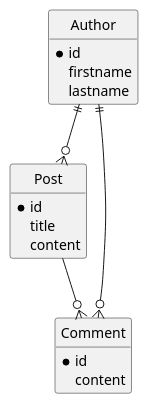
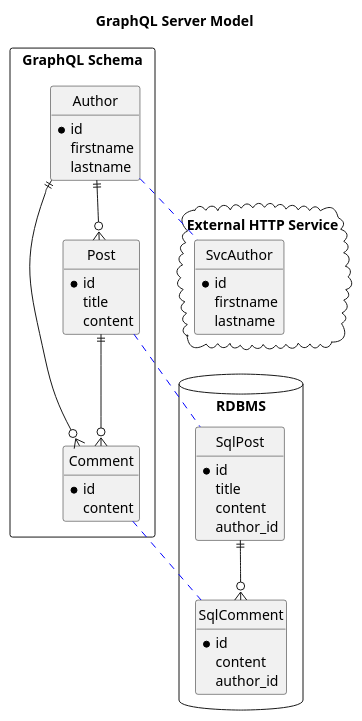
One commit to MThomassen/graphql-server-benchmark-absinthe changed the diagram in schema.plantuml. Above: the diagram before and after it, drawn with PlantUML. The commit also changed 7 other files, not shown here.

Commit message:
AuthorService NGINX exact path matching

```diff
--- a/schema.plantuml
+++ b/schema.plantuml
@@ -1,29 +1,62 @@
 @startuml
 
 hide circle
 hide empty members
 
-entity Author {
-   * id
-   firstname
-   lastname
+title GraphQL Server Model
+
+package "GraphQL Schema" <<Rectangle>> {
+   entity Author {
+      * id
+      firstname
+      lastname
+   }
+
+   entity Post {
+      * id
+      title
+      content
+   }
+
+   entity Comment {
+      * id
+      content
+   }
+
+   Author ||--o{ Post
+   Author ||--o{ Comment
+   Post ||--o{ Comment
 }
 
-entity Post {
-   * id
-   title
-   content
+package "External HTTP Service" <<Cloud>> {
+   entity SvcAuthor {
+      * id
+      firstname
+      lastname
+   }
 }
 
-entity Comment {
-   * id
-   content
+package "RDBMS" <<Database>> {
+   entity SqlPost {
+      * id
+      title
+      content
+      author_id
+   }
+
+   entity SqlComment {
+      * id
+      content
+      author_id
+   }
+
+   SqlPost ||--o{ SqlComment
 }
 
-Author ||--o{ Post
+Author .[#blue]. SvcAuthor
+Post .[#blue]. SqlPost
+Comment .[#blue]. SqlComment
 
-Author ||--o{ Comment
 
-Post --o{ Comment
 
 @enduml
```
